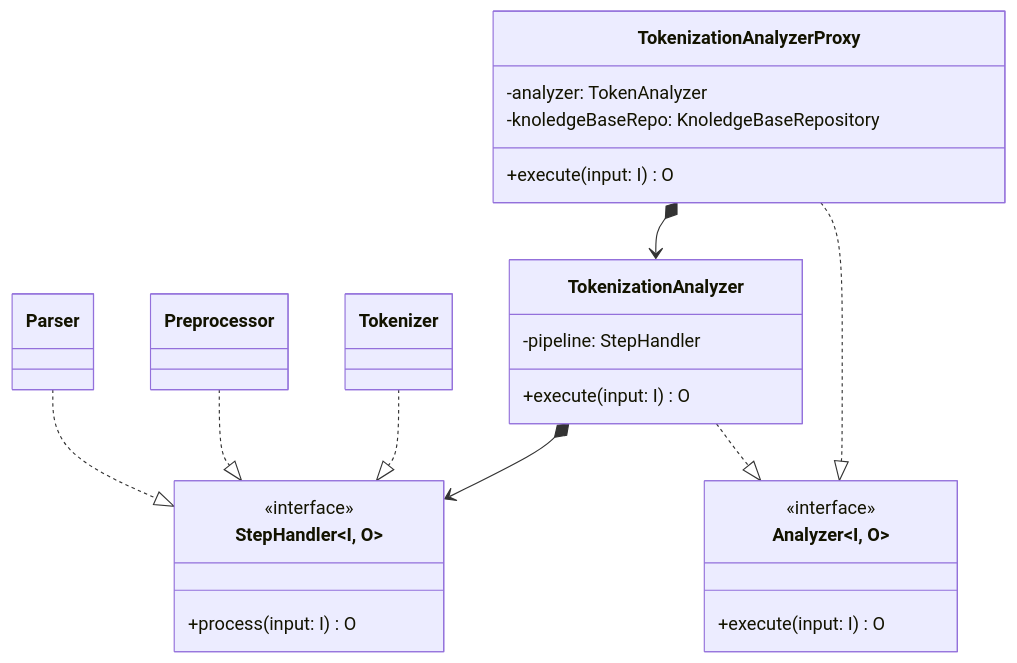
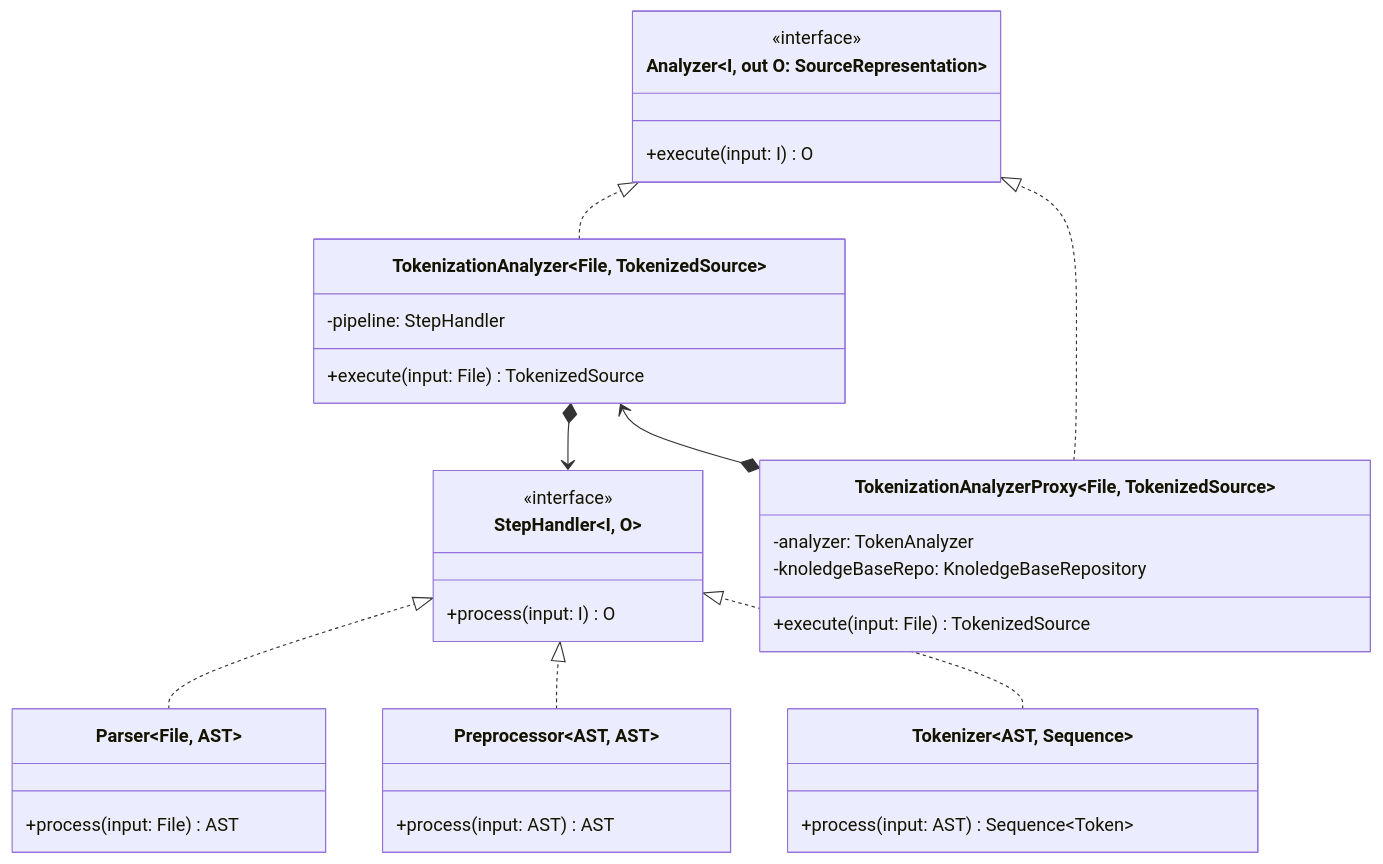
Before and after one commit to tassiLuca/code-plagiarism-detector-doc: the eighth of 11 diagrams in doc.md, drawn with Mermaid. The commit also changed other lines of this file, not shown here.

````diff
--- a/doc.md
+++ b/doc.md
@@ -289,30 +291,43 @@
 ```mermaid 
 classDiagram
-    class Analyzer~I, O~ {
+    direction BT
+    class Analyzer~I, out O: SourceRepresentation~ {
         <<interface>>
         +execute(input: I) O
     }
 
     class StepHandler~I, O~ {
         <<interface>>
         +process(input: I) O
     }
+
+    class Parser~File, AST~ {
+        +process(input: File) AST
+    }
     Parser ..|> StepHandler
+
+    class Preprocessor~AST, AST~ {
+        +process(input: AST) AST
+    }
     Preprocessor ..|> StepHandler
+
+    class Tokenizer~AST, Sequence<Token>~ {
+        +process(input: AST) Sequence~Token~
+    }
     Tokenizer ..|> StepHandler
 
-    class TokenizationAnalyzer {
+    class TokenizationAnalyzer~File, TokenizedSource~ {
         -pipeline: StepHandler
-        +execute(input: I) O
+        +execute(input: File) TokenizedSource
     }
     TokenizationAnalyzer ..|> Analyzer
-    TokenizationAnalyzer *--> StepHandler
+    StepHandler <--* TokenizationAnalyzer
 
-    class TokenizationAnalyzerProxy {
+    class TokenizationAnalyzerProxy~File, TokenizedSource~ {
         -analyzer: TokenAnalyzer
         -knoledgeBaseRepo: KnoledgeBaseRepository
-        +execute(input: I) O
+        +execute(input: File) TokenizedSource
     }
     TokenizationAnalyzerProxy ..|> Analyzer
     TokenizationAnalyzerProxy *--> TokenizationAnalyzer
 ```
````
